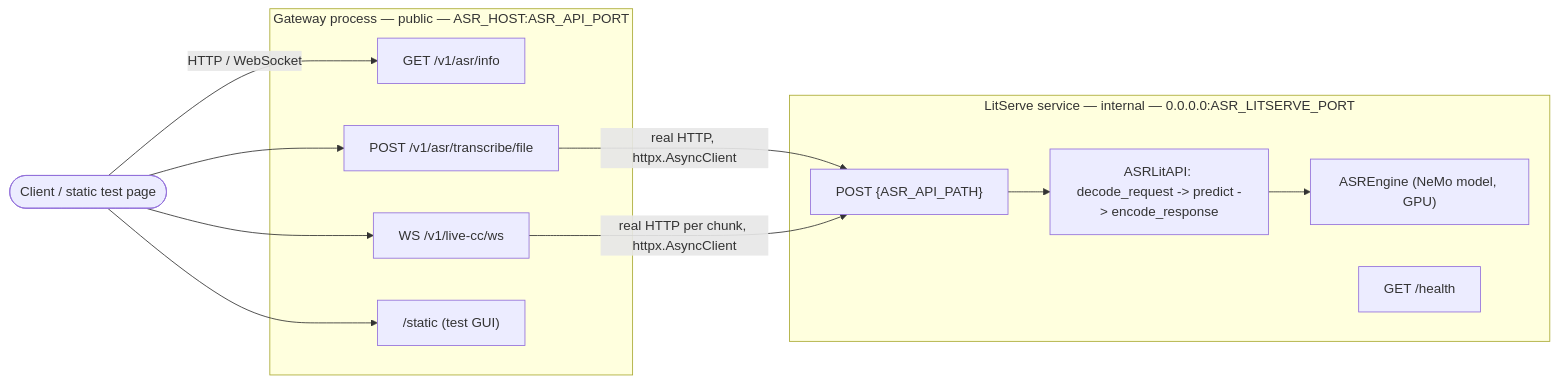
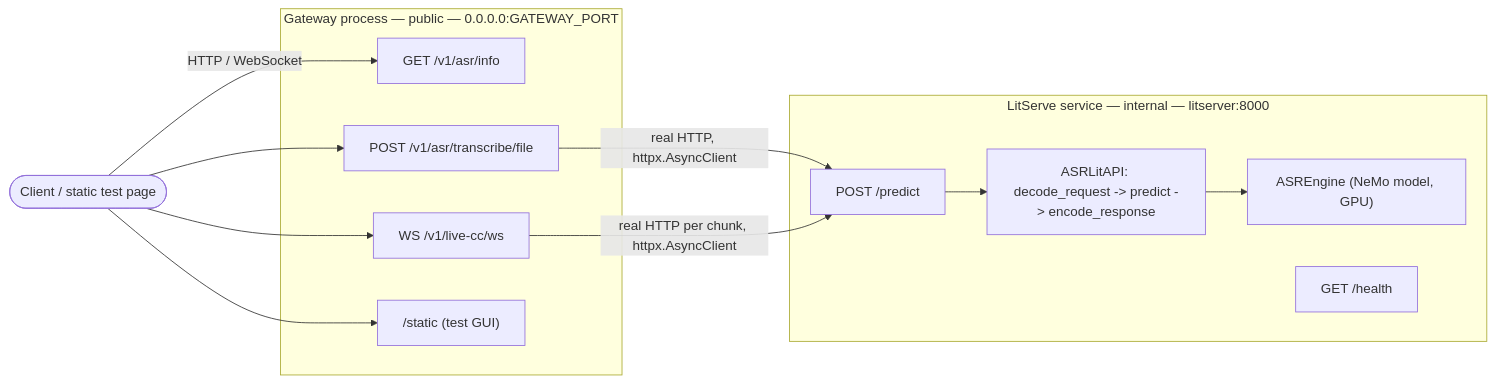
Before and after one commit to sayed-shaun/ec-asr-tts-service: the diagram in README.md, drawn with Mermaid. The commit also changed other lines of this file, not shown here.

First line of the commit message:
Update README for gateway/LitServe split, speaker gate, and eval workflow

````diff
--- a/README.md
+++ b/README.md
@@ -21,27 +29,27 @@
 ```mermaid
 flowchart LR
     Client(["Client / static test page"])
 
-    subgraph Gateway["Gateway process — public — ASR_HOST:ASR_API_PORT"]
+    subgraph Gateway["Gateway process — public — 0.0.0.0:GATEWAY_PORT"]
         Info["GET /v1/asr/info"]
         File["POST /v1/asr/transcribe/file"]
         WS["WS /v1/live-cc/ws"]
         Static["/static (test GUI)"]
     end
 
-    subgraph LitServe["LitServe service — internal — 0.0.0.0:ASR_LITSERVE_PORT"]
-        Predict["POST {ASR_API_PATH}"]
+    subgraph LitServe["LitServe service — internal — litserver:8000"]
+        Predict["POST /predict"]
         LitAPI["ASRLitAPI: decode_request -> predict -> encode_response"]
         Engine["ASREngine (NeMo model, GPU)"]
         Health["GET /health"]
     end
 
     Client -->|HTTP / WebSocket| Info
     Client --> File
     Client --> WS
     Client --> Static
 
     File -->|real HTTP, httpx.AsyncClient| Predict
     WS -->|real HTTP per chunk, httpx.AsyncClient| Predict
     Predict --> LitAPI --> Engine
 ```
````
